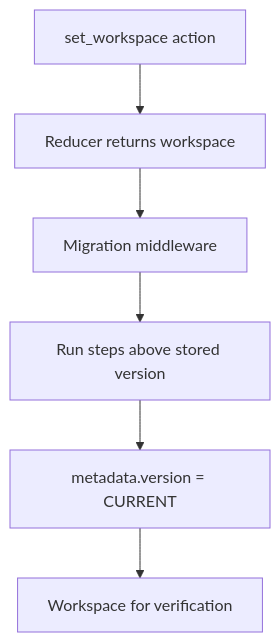
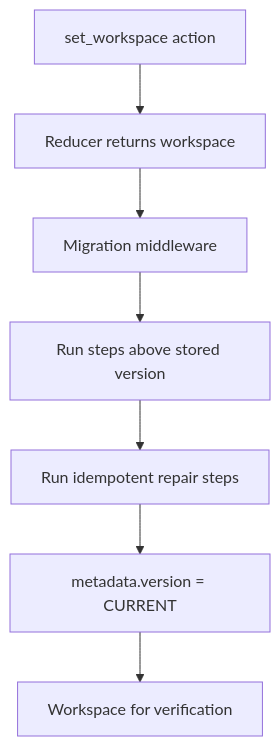
The diagram in packages/core/workspace/middleware/migration/README.md (SeldonDigital/seldon), drawn with Mermaid before and after one commit. The commit also changed other lines of this file and 127 other files, not shown here.

````diff
--- a/packages/core/workspace/middleware/migration/README.md
+++ b/packages/core/workspace/middleware/migration/README.md
@@ -7,8 +7,9 @@
 ```mermaid
 flowchart TB
   action[set_workspace action] --> reducer[Reducer returns workspace]
   reducer --> migration[Migration middleware]
   migration --> steps[Run steps above stored version]
-  steps --> version[metadata.version = CURRENT]
+  steps --> repairs[Run idempotent repair steps]
+  repairs --> version[metadata.version = CURRENT]
   version --> out[Workspace for verification]
 ```
````
